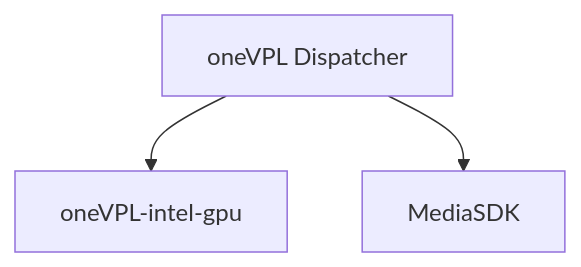
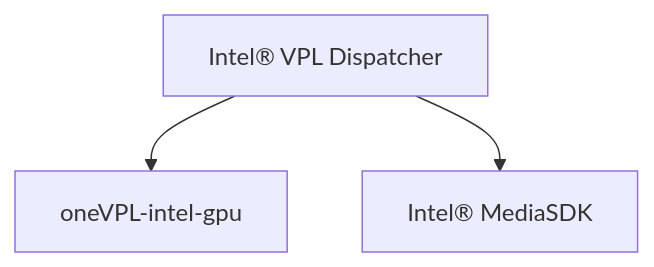
The diagram in README.md (intel/libvpl), drawn with Mermaid before and after one commit. The commit also changed other lines of this file and 171 other files, not shown here.

````diff
--- a/README.md
+++ b/README.md
@@ -23,5 +22,5 @@
 ```mermaid
 graph TD;
-    VPL[oneVPL Dispatcher]-->oneVPL-intel-gpu;
-    VPL[oneVPL Dispatcher]-->MediaSDK;
+    dispatcher["Intel® VPL Dispatcher"]-->oneVPL-intel-gpu;
+    dispatcher-->msdk["Intel® MediaSDK"];
 ```
````
